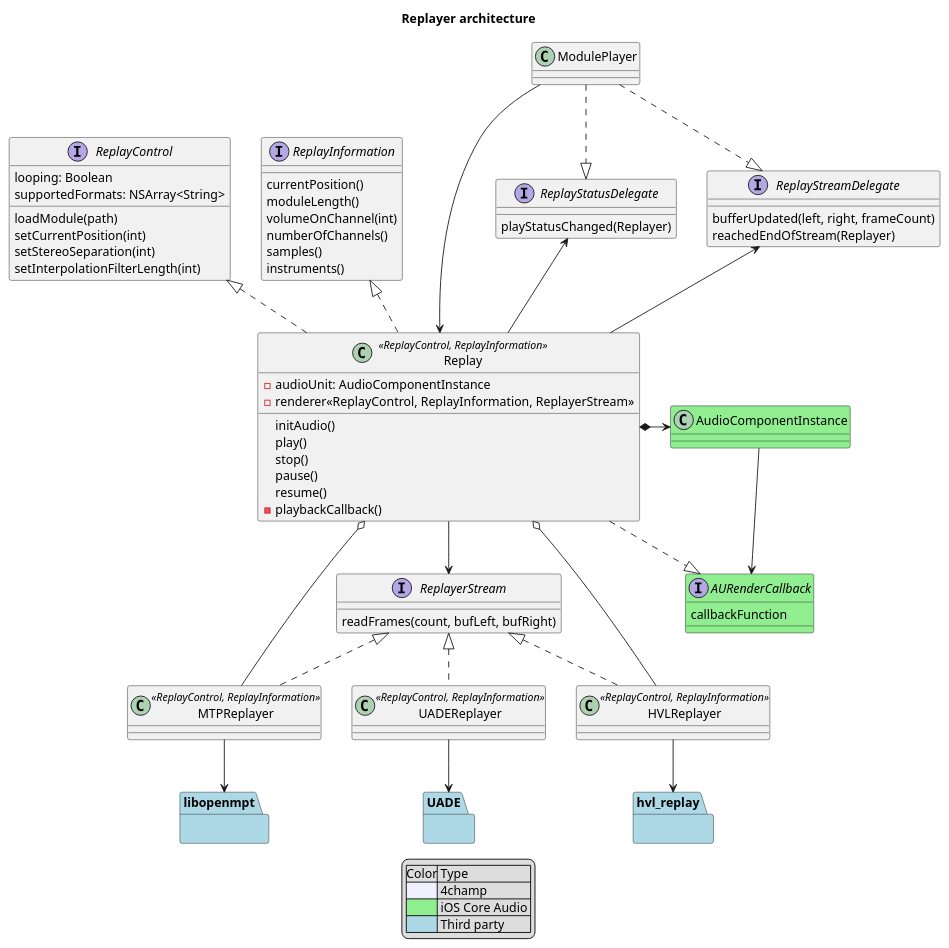
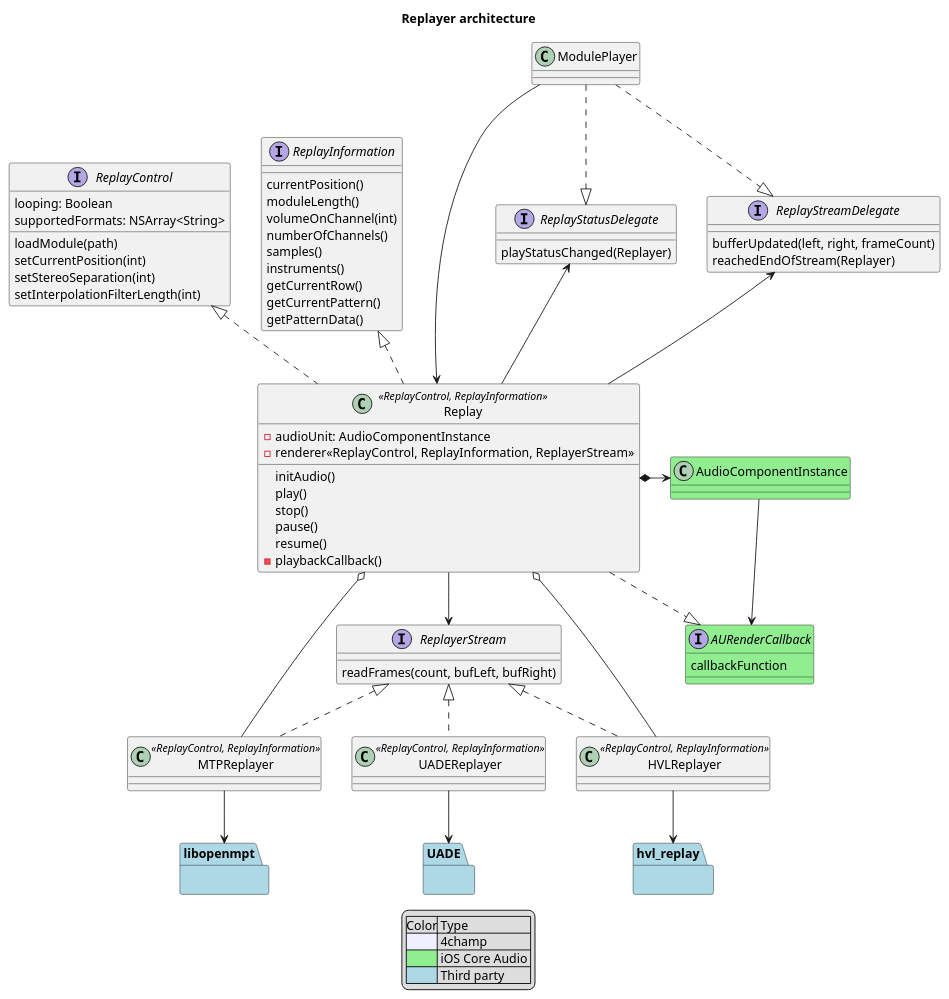
Before and after one commit to sitomani/4champ: the diagram in docs/plantuml/replayer.plantuml, drawn with PlantUML. The commit also changed 18 other files, not shown here.

```diff
--- a/docs/plantuml/replayer.plantuml
+++ b/docs/plantuml/replayer.plantuml
@@ -1,102 +1,105 @@
 @startuml Replayer
 allowmixing 
 
 title Replayer architecture
 
 legend 
     |Color| Type |
     |<#MOTIVATION>| 4champ |
     |<#lightgreen>| iOS Core Audio |
     |<#lightblue>| Third party |
 endlegend
 
 
 class Replay <<ReplayControl, ReplayInformation>> {
     -audioUnit: AudioComponentInstance
     -renderer<<ReplayControl, ReplayInformation, ReplayerStream>>
     initAudio() 
     play()
     stop()
     pause()
     resume()
     -playbackCallback()
 }
 
 interface ReplayInformation {
     currentPosition()
     moduleLength()
     volumeOnChannel(int)
     numberOfChannels()
     samples()
     instruments()
+    getCurrentRow()
+    getCurrentPattern()
+    getPatternData()
 }
 
 interface ReplayControl {
     looping: Boolean
     supportedFormats: NSArray<String>
     loadModule(path)
     setCurrentPosition(int)
     setStereoSeparation(int)
     setInterpolationFilterLength(int)
 }
 
 interface ReplayerStream {
     readFrames(count, bufLeft, bufRight)
 }
 
 class MTPReplayer <<ReplayControl, ReplayInformation>> implements ReplayerStream {
 
 }
 
 class ModulePlayer {}
 
 class HVLReplayer <<ReplayControl, ReplayInformation>> implements ReplayerStream {
 }
 
 class UADEReplayer <<ReplayControl, ReplayInformation>> implements ReplayerStream {
 
 }
 
 interface ReplayStreamDelegate {
     bufferUpdated(left, right, frameCount)
     reachedEndOfStream(Replayer)
 }
 
 interface ReplayStatusDelegate {
     playStatusChanged(Replayer)
 }
 interface AURenderCallback #lightgreen {
     callbackFunction    
 }
 
 Replay o-- HVLReplayer
 Replay o-- MTPReplayer
 Replay --> ReplayerStream
 
 ModulePlayer -> Replay
 ModulePlayer .-|> ReplayStreamDelegate
 ModulePlayer .-|> ReplayStatusDelegate
 Replay -up-> ReplayStreamDelegate
 Replay -up-> ReplayStatusDelegate
 
 Replay .up-|> ReplayInformation
 Replay .up-|> ReplayControl
 Replay -.right-|> AURenderCallback
 AudioComponentInstance --> AURenderCallback
 
 package libopenmpt #lightblue {
     
 }
 package hvl_replay #lightblue {
 }
 
 package UADE #lightblue {
 }
 
 class AudioComponentInstance #lightgreen
 
 Replay *-right-> AudioComponentInstance
 MTPReplayer --> libopenmpt
 HVLReplayer --> hvl_replay
 UADEReplayer --> UADE
 @enduml
```
